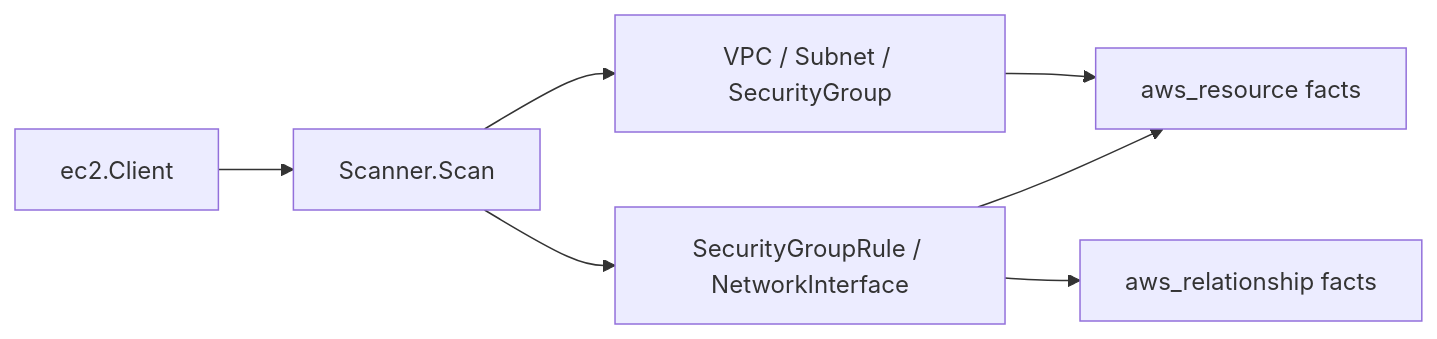
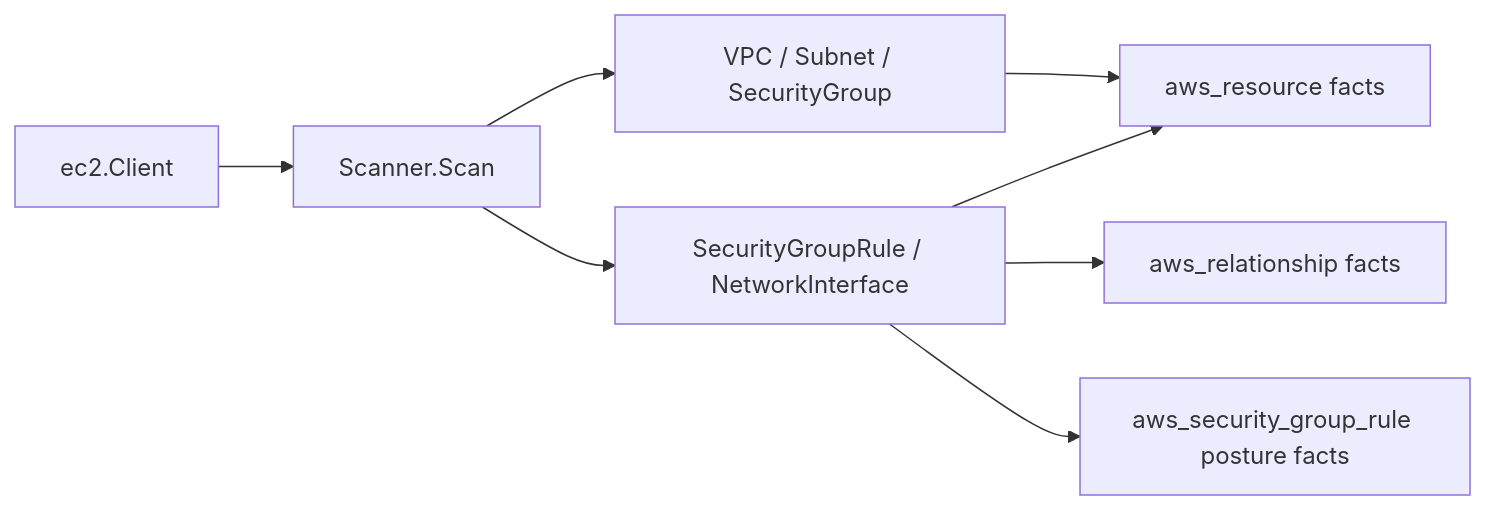
One commit to eshu-hq/eshu changed the diagram in go/internal/collector/awscloud/services/ec2/README.md. Above: the diagram before and after it, drawn with Mermaid. The commit also changed other lines of this file and 14 other files, not shown here.

````diff
--- a/go/internal/collector/awscloud/services/ec2/README.md
+++ b/go/internal/collector/awscloud/services/ec2/README.md
@@ -19,9 +23,10 @@
 ```mermaid
 flowchart LR
   A["ec2.Client"] --> B["Scanner.Scan"]
   B --> C["VPC / Subnet / SecurityGroup"]
   B --> D["SecurityGroupRule / NetworkInterface"]
   C --> E["aws_resource facts"]
   D --> E
   D --> F["aws_relationship facts"]
+  D --> G["aws_security_group_rule posture facts"]
 ```
````
